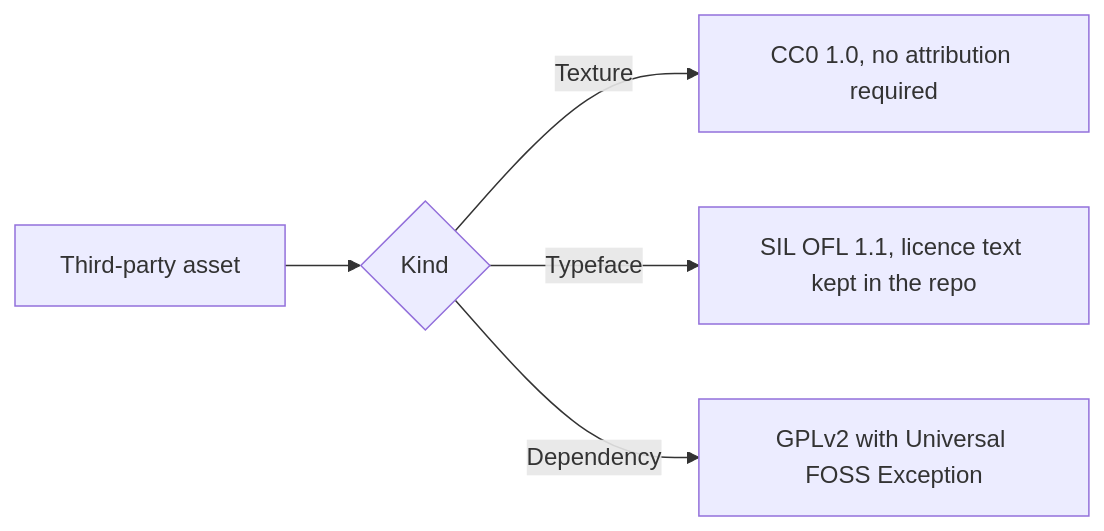
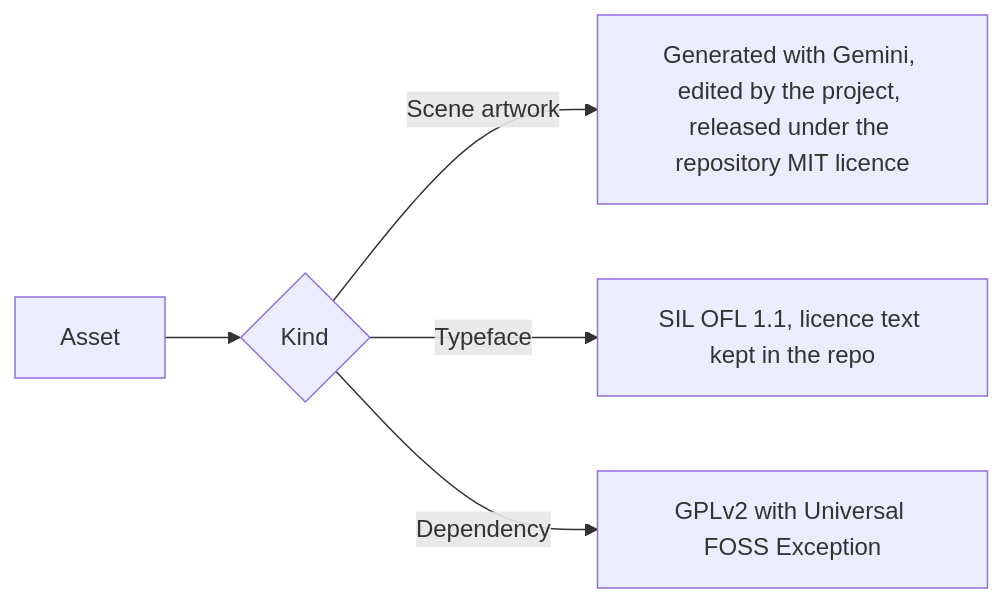
Before and after one commit to kfeuerschvenger/programmingrequests: the diagram in docs/ASSETS-LICENSES.md, drawn with Mermaid. The commit also changed other lines of this file and 191 other files, not shown here.

````diff
--- a/docs/ASSETS-LICENSES.md
+++ b/docs/ASSETS-LICENSES.md
@@ -5,7 +5,7 @@
 ```mermaid
 flowchart LR
-    A[Third-party asset] --> B{Kind}
-    B -->|Texture| C[CC0 1.0, no attribution required]
+    A[Asset] --> B{Kind}
+    B -->|Scene artwork| C[Generated with Gemini, edited by the project, released under the repository MIT licence]
     B -->|Typeface| D[SIL OFL 1.1, licence text kept in the repo]
     B -->|Dependency| E[GPLv2 with Universal FOSS Exception]
 ```
````
